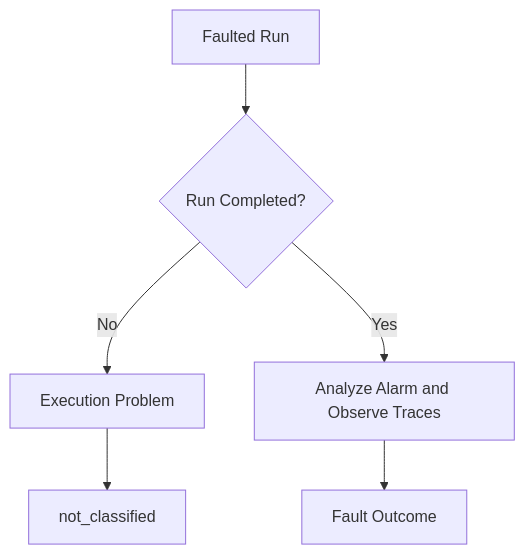
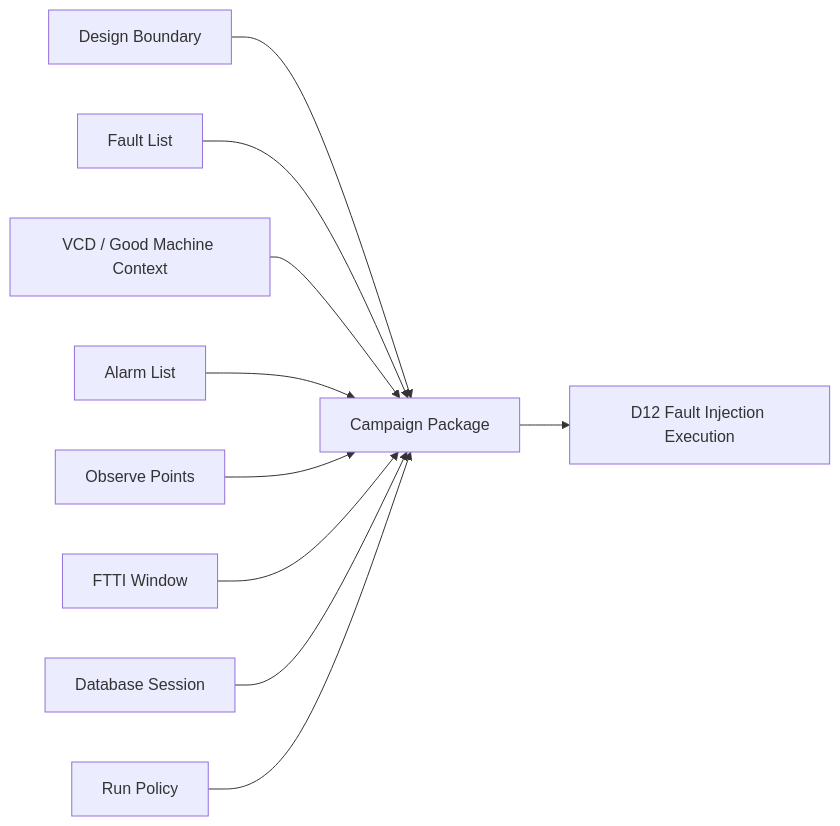
The second of 5 diagrams in articles/11_automotive_safeic_practice_d11_github_en_fault_outcome_classification.md (qiqixixi1001/automotive-safeic-practice), drawn with Mermaid before and after one commit. The commit also changed other lines of this file, not shown here.

````diff
--- a/articles/11_automotive_safeic_practice_d11_github_en_fault_outcome_classification.md
+++ b/articles/11_automotive_safeic_practice_d11_github_en_fault_outcome_classification.md
@@ -162,8 +146,12 @@
 ```mermaid
-flowchart TD
-    A[Faulted Run] --> B{Run Completed?}
-    B -- No --> C[Execution Problem]
-    C --> D[not_classified]
-    B -- Yes --> E[Analyze Alarm and Observe Traces]
-    E --> F[Fault Outcome]
+flowchart LR
+    A[Design Boundary] --> P[Campaign Package]
+    B[Fault List] --> P
+    C[VCD / Good Machine Context] --> P
+    D[Alarm List] --> P
+    E[Observe Points] --> P
+    F[FTTI Window] --> P
+    G[Database Session] --> P
+    H[Run Policy] --> P
+    P --> X[D12 Fault Injection Execution]
 ```
````
